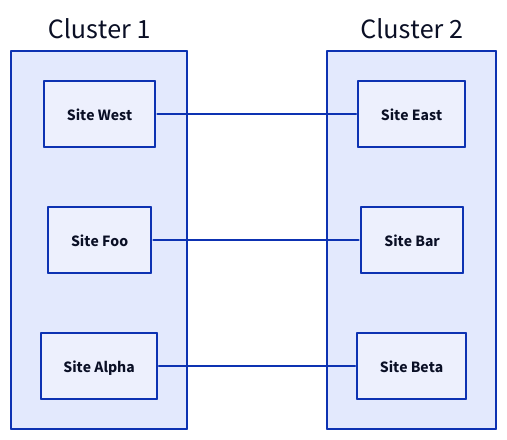
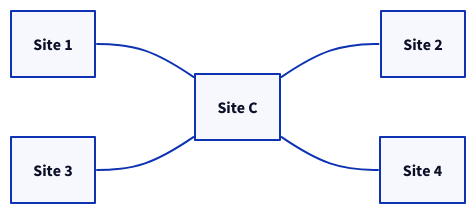
One commit to skupperproject/refdog changed the diagram in input/concepts/images/network-3.d2. Above: the diagram before and after it, drawn with D2. The commit also changed 49 other files, not shown here.

```diff
--- a/input/concepts/images/network-3.d2
+++ b/input/concepts/images/network-3.d2
@@ -1,7 +1,4 @@
 direction: right
 
-Cluster 1.Site West -- Cluster 2.Site East
-
-Cluster 1.Site Foo -- Cluster 2.Site Bar
-
-Cluster 1.Site Alpha -- Cluster 2.Site Beta
+Site 1 -- Site C -- Site 2
+Site 3 -- Site C -- Site 4
```
